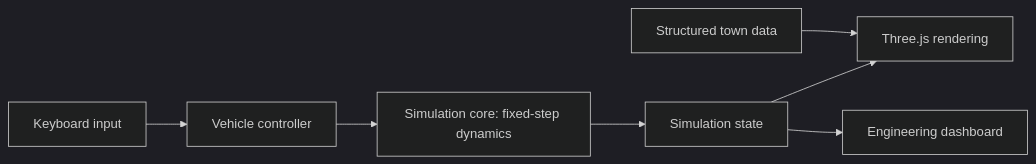
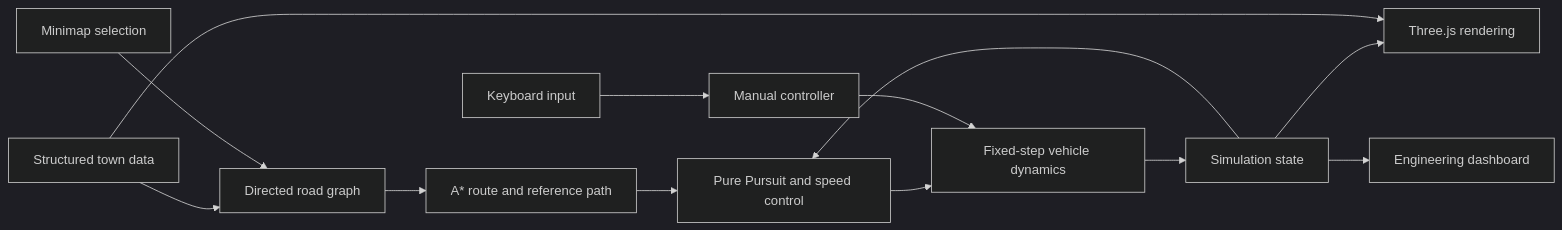
The diagram in README.md (AsherFerdinand/VECTOR), drawn with Mermaid (dark theme) before and after one commit. The commit also changed other lines of this file and 26 other files, not shown here.

````diff
--- a/README.md
+++ b/README.md
@@ -71,9 +88,15 @@
 ```mermaid
 flowchart LR
-    K[Keyboard input] --> C[Vehicle controller]
-    C --> S[Simulation core: fixed-step dynamics]
+    M[Structured town data] --> G[Directed road graph]
+    U[Minimap selection] --> G
+    G --> A[A* route and reference path]
+    A --> C[Pure Pursuit and speed control]
+    K[Keyboard input] --> B[Manual controller]
+    C --> S[Fixed-step vehicle dynamics]
+    B --> S
     S --> T[Simulation state]
     T --> R[Three.js rendering]
     T --> D[Engineering dashboard]
-    M[Structured town data] --> R
+    T --> C
+    M --> R
 ```
````
